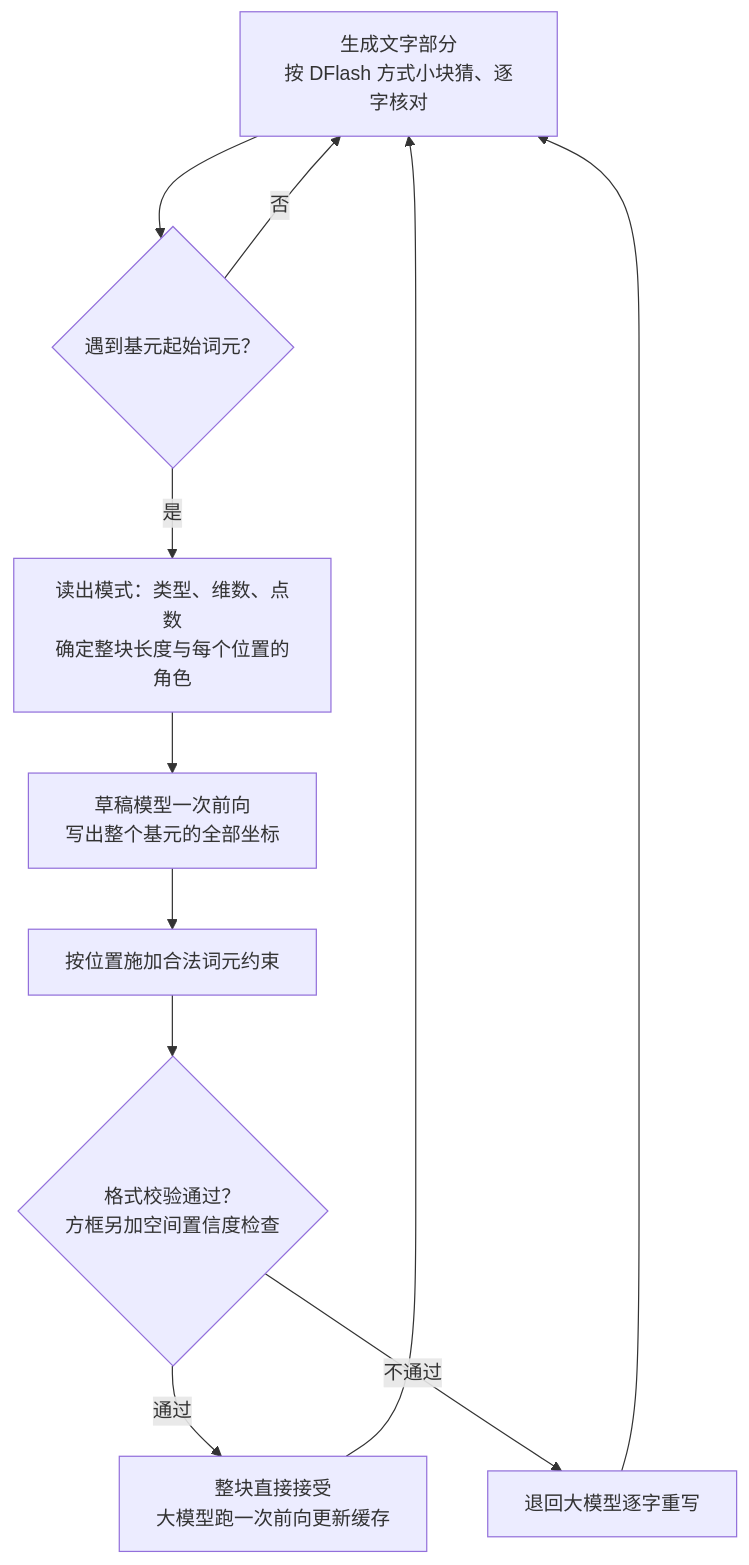
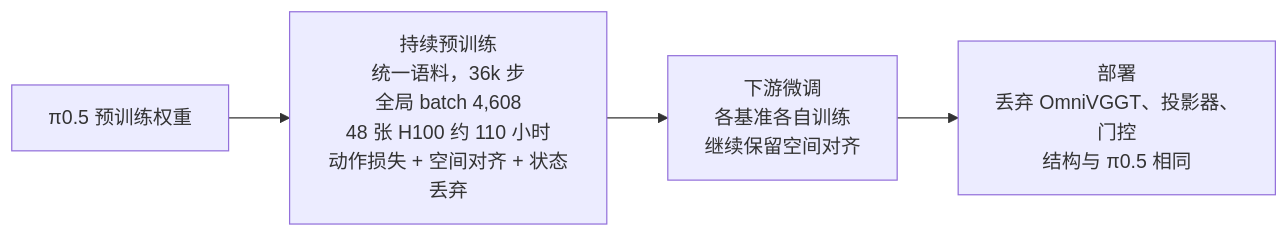
The fourth of 5 diagrams in docs/index.md (yingwang/paper-reads), drawn with Mermaid before and after one commit. The commit also changed other lines of this file and 2 other files, not shown here.

````diff
--- a/docs/index.md
+++ b/docs/index.md
@@ -102,13 +229,6 @@
 ```mermaid
-flowchart TD
-    T["生成文字部分<br/>按 DFlash 方式小块猜、逐字核对"] --> S{"遇到基元起始词元？"}
-    S -->|"否"| T
-    S -->|"是"| M["读出模式：类型、维数、点数<br/>确定整块长度与每个位置的角色"]
-    M --> D["草稿模型一次前向<br/>写出整个基元的全部坐标"]
-    D --> C["按位置施加合法词元约束"]
-    C --> V{"格式校验通过？<br/>方框另加空间置信度检查"}
-    V -->|"通过"| A["整块直接接受<br/>大模型跑一次前向更新缓存"]
-    V -->|"不通过"| F["退回大模型逐字重写"]
-    A --> T
-    F --> T
+flowchart LR
+    A["π0.5 预训练权重"] --> B["持续预训练<br/>统一语料，36k 步<br/>全局 batch 4,608<br/>48 张 H100 约 110 小时<br/>动作损失 + 空间对齐 + 状态丢弃"]
+    B --> C["下游微调<br/>各基准各自训练<br/>继续保留空间对齐"]
+    C --> D["部署<br/>丢弃 OmniVGGT、投影器、门控<br/>结构与 π0.5 相同"]
 ```
````
